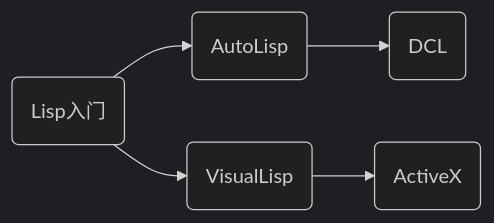
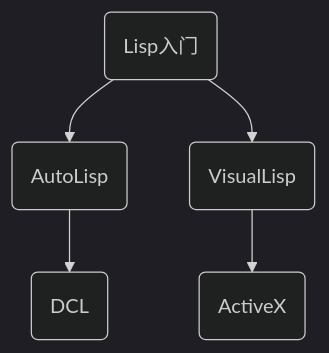
Before and after one commit to atlisp-org/atlisp-docs: the diagram in README.org, drawn with Mermaid (dark theme).

Commit message:
整理目录大纲

```diff
--- a/README.org
+++ b/README.org
@@ -5,7 +5,7 @@
 #+begin_src mermaid
-  graph LR;
-  A(Lisp入门)-->B(AutoLisp);
-  B-->C(DCL);
-  A-->D(VisualLisp);
-  D-->E(ActiveX);
+  graph TD;
+      A(Lisp入门)-->B(AutoLisp);
+      B-->C(DCL);
+      A-->D(VisualLisp);
+      D-->E(ActiveX);
 #+end_src
```
